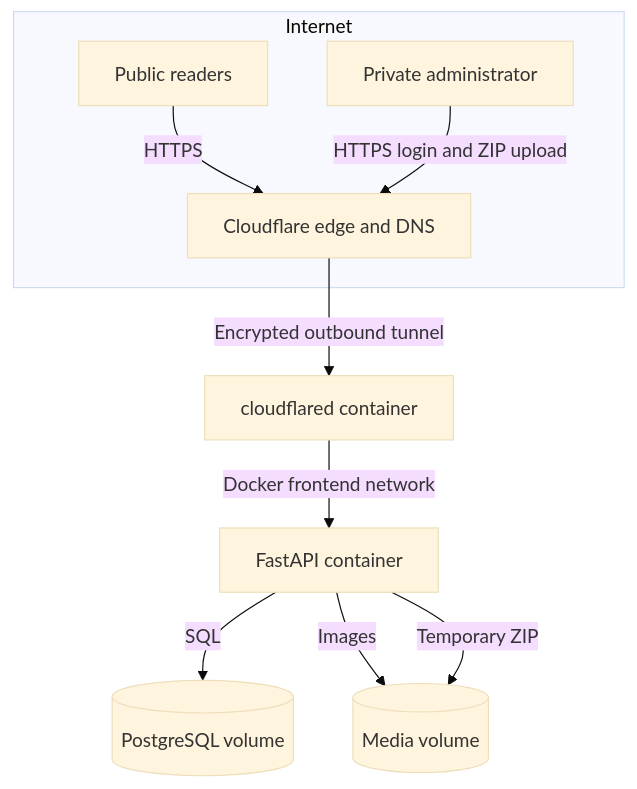
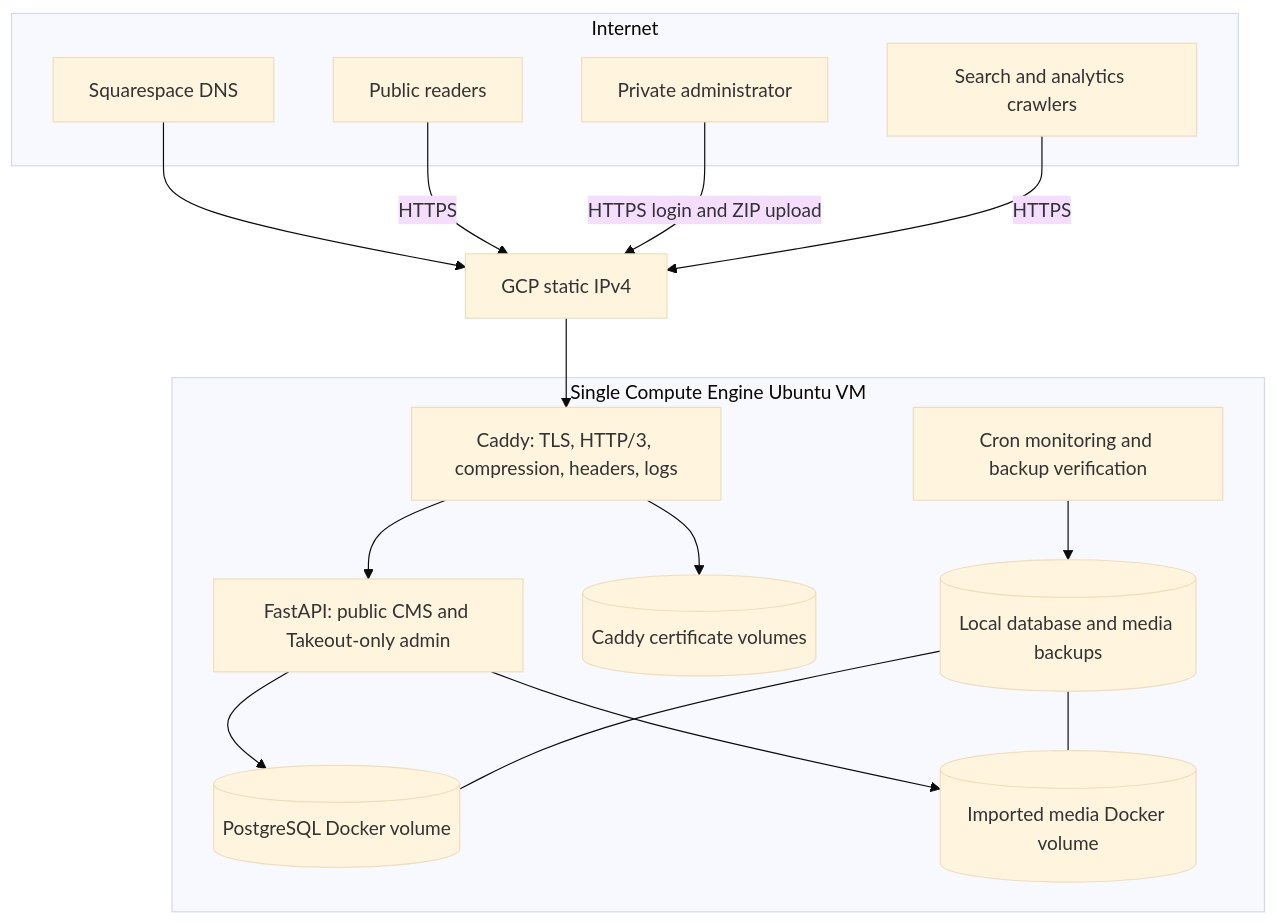
The diagram in docs/full-e2e-architecture.md (psainaveen12/NewsWebsite), drawn with Mermaid (base theme) before and after one commit. The commit also changed other lines of this file and 35 other files, not shown here.

Commit message:
Add production-ready GCP single-VM deployment

````diff
--- a/docs/full-e2e-architecture.md
+++ b/docs/full-e2e-architecture.md
@@ -7,15 +7,30 @@
 ```mermaid
 flowchart TB
   subgraph Internet
     U[Public readers]
-    N[Private administrator]
-    C[Cloudflare edge and DNS]
+    A[Private administrator]
+    D[Squarespace DNS]
+    S[Search and analytics crawlers]
   end
-  U -->|HTTPS| C
-  N -->|HTTPS login and ZIP upload| C
-  C -->|Encrypted outbound tunnel| T[cloudflared container]
-  T -->|Docker frontend network| API[FastAPI container]
-  API -->|SQL| DB[(PostgreSQL volume)]
-  API -->|Images| MEDIA[(Media volume)]
-  API -->|Temporary ZIP| MEDIA
+  D --> IP[GCP static IPv4]
+  U -->|HTTPS| IP
+  A -->|HTTPS login and ZIP upload| IP
+  S -->|HTTPS| IP
+  subgraph VM[Single Compute Engine Ubuntu VM]
+    C[Caddy: TLS, HTTP/3, compression, headers, logs]
+    API[FastAPI: public CMS and Takeout-only admin]
+    DB[(PostgreSQL Docker volume)]
+    MEDIA[(Imported media Docker volume)]
+    TLS[(Caddy certificate volumes)]
+    BACKUP[(Local database and media backups)]
+    CRON[Cron monitoring and backup verification]
+    C --> API
+    API --> DB
+    API --> MEDIA
+    C --> TLS
+    CRON --> BACKUP
+    BACKUP --- DB
+    BACKUP --- MEDIA
+  end
+  IP --> C
 ```
````
